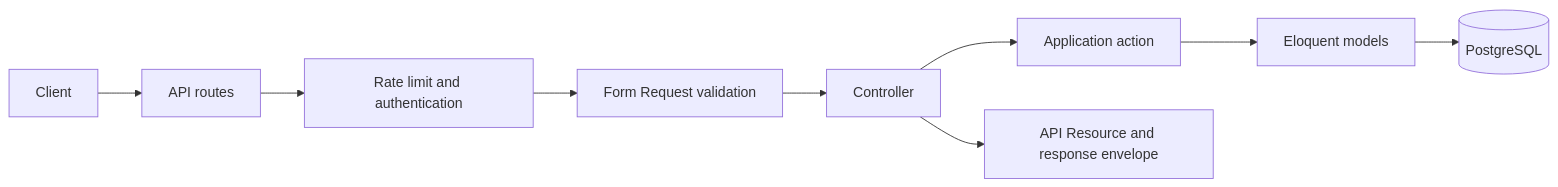
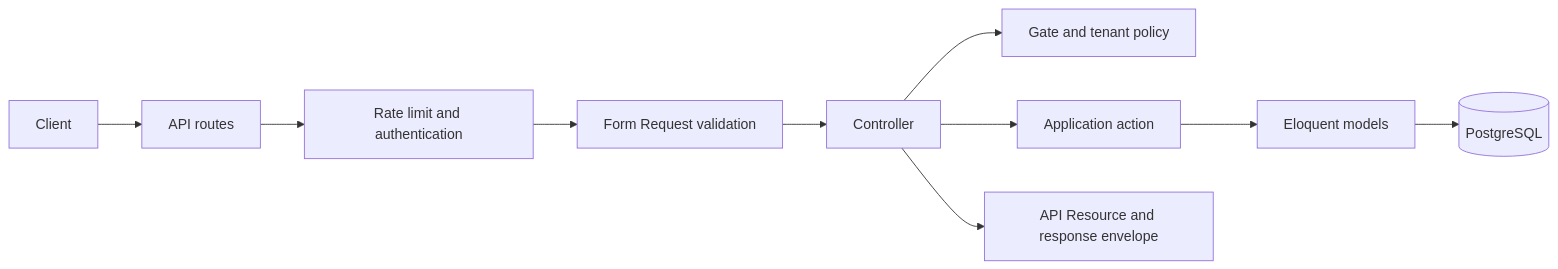
Before and after one commit to fathallah7/multi-tenant-helpdesk-saas: the first of 2 diagrams in docs/architecture/README.md, drawn with Mermaid. The commit also changed other lines of this file and 1 other file, not shown here.

Commit message:
Update architecture and database documentation for tenant invitations and acceptance workflows

````diff
--- a/docs/architecture/README.md
+++ b/docs/architecture/README.md
@@ -81,11 +86,12 @@
 ```mermaid
 flowchart LR
     Client --> Routes[API routes]
     Routes --> Middleware[Rate limit and authentication]
     Middleware --> Request[Form Request validation]
     Request --> Controller
+    Controller --> Policy[Gate and tenant policy]
     Controller --> Action[Application action]
     Action --> Models[Eloquent models]
     Models --> Database[(PostgreSQL)]
     Controller --> Response[API Resource and response envelope]
 ```
````
